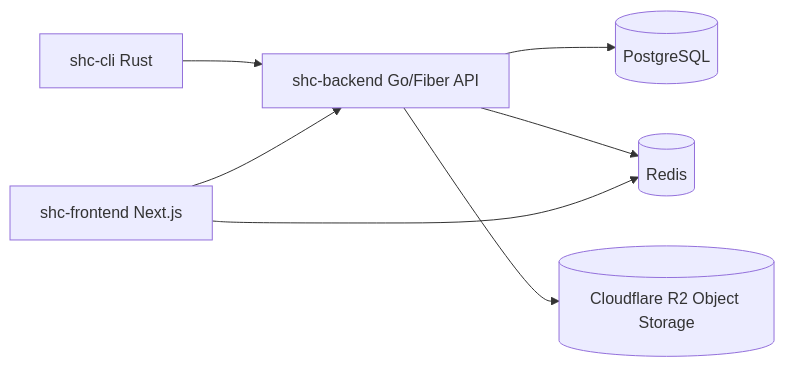
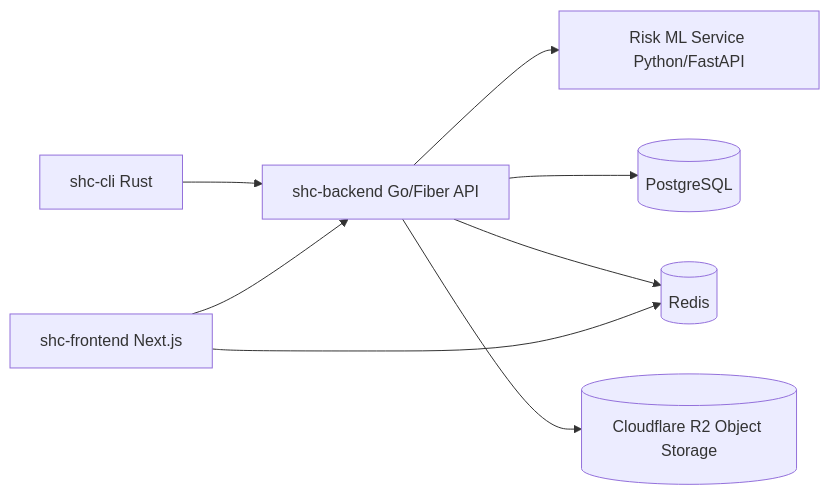
The diagram in README.md (shivamMittal088/shc---major-project-), drawn with Mermaid before and after one commit. The commit also changed other lines of this file and 33 other files, not shown here.

First line of the commit message:
feat: add SHC Risk ML Service for malware/phishing risk scoring

````diff
--- a/README.md
+++ b/README.md
@@ -77,9 +81,10 @@
 ```mermaid
 flowchart LR
 	CLI[shc-cli Rust] --> API[shc-backend Go/Fiber API]
 	WEB[shc-frontend Next.js] --> API
+	API --> RISK[Risk ML Service Python/FastAPI]
 	API --> DB[(PostgreSQL)]
 	API --> REDIS[(Redis)]
 	API --> R2[(Cloudflare R2 Object Storage)]
 	WEB --> REDIS
 ```
````
